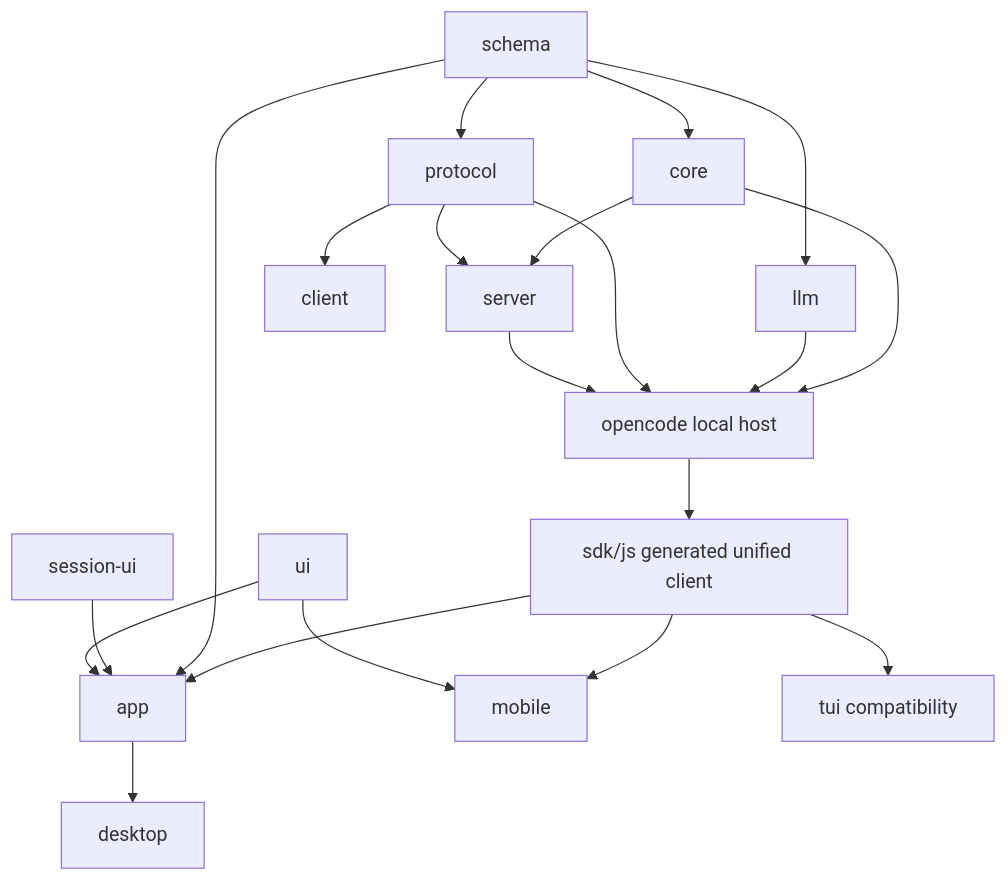
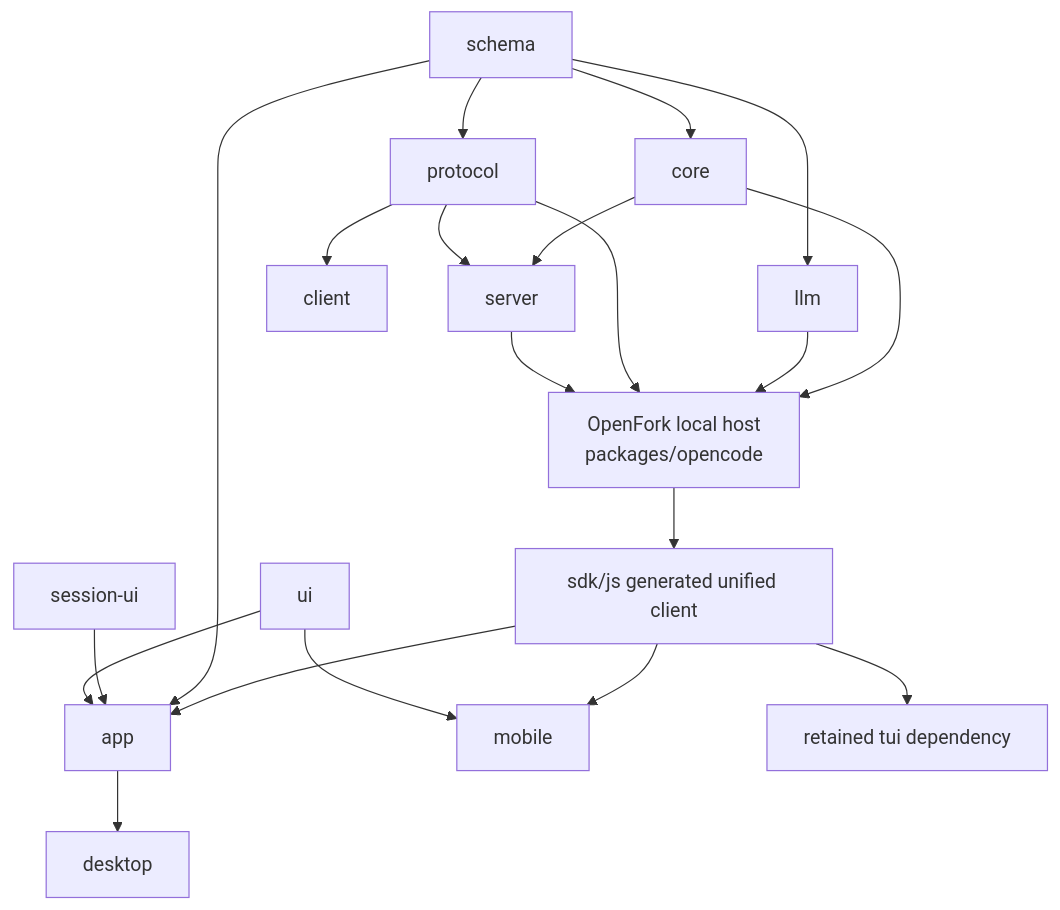
The diagram in docs/map/packages.md (thelabcorner/openfork), drawn with Mermaid before and after one commit. The commit also changed other lines of this file and 13 other files, not shown here.

First line of the commit message:
docs: define OpenFork product and compatibility boundaries

````diff
--- a/docs/map/packages.md
+++ b/docs/map/packages.md
@@ -5,23 +5,23 @@
 ```mermaid
 flowchart TD
   Schema["schema"] --> Protocol["protocol"]
   Schema --> LLM["llm"]
   Schema --> Core["core"]
   Protocol --> Client["client"]
   Core --> Server["server"]
   Protocol --> Server
-  Core --> OpenCode["opencode local host"]
-  LLM --> OpenCode
-  Protocol --> OpenCode
-  Server --> OpenCode
-  OpenCode --> SDK["sdk/js generated unified client"]
+  Core --> Host["OpenFork local host<br/>packages/opencode"]
+  LLM --> Host
+  Protocol --> Host
+  Server --> Host
+  Host --> SDK["sdk/js generated unified client"]
 
   SDK --> App["app"]
   Schema --> App
   SessionUI["session-ui"] --> App
   UI["ui"] --> App
   App --> Desktop["desktop"]
   SDK --> Mobile["mobile"]
   UI --> Mobile
-  SDK --> TUI["tui compatibility"]
+  SDK --> TUI["retained tui dependency"]
 ```
````
